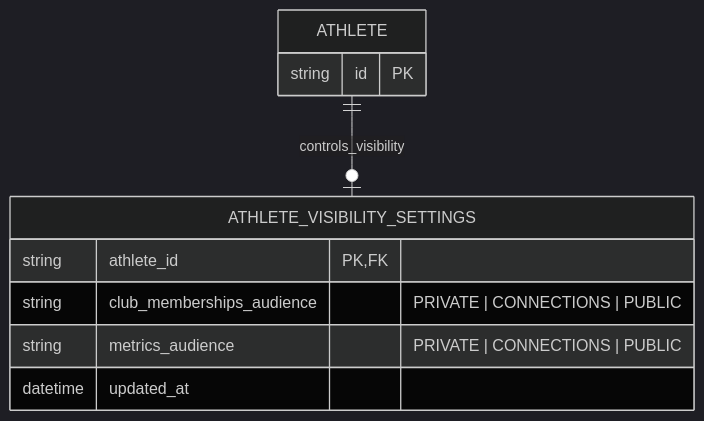
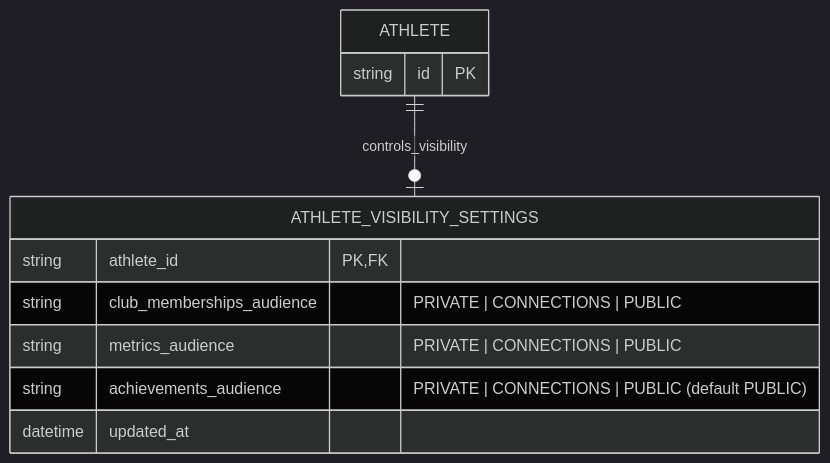
Before and after one commit to kamiloc/tetrades: the diagram in docs/erm/visibility.mmd, drawn with Mermaid. The commit also changed 42 other files, not shown here.

First line of the commit message:
feat: add achievements visibility settings with default PUBLIC audience

```diff
--- a/docs/erm/visibility.mmd
+++ b/docs/erm/visibility.mmd
@@ -1,24 +1,25 @@
 ---
 config:
   theme: dark
   layout: dagre
 ---
 
 %% Fragment: visibility. Canonical entities are complete; REFERENCE ONLY entities show just the fields touched by relationships.
 %% Composite: docs/erm.mmd
-%% Rules: ADR-013 and openspec change add-clubs-metrics-visibility-model.
+%% Rules: ADR-013, ADR-014, and openspec changes add-clubs-metrics-visibility-model and add-achievement-visibility.
 
 erDiagram
   ATHLETE_VISIBILITY_SETTINGS {
     string athlete_id PK,FK
     string club_memberships_audience "PRIVATE | CONNECTIONS | PUBLIC"
     string metrics_audience "PRIVATE | CONNECTIONS | PUBLIC"
+    string achievements_audience "PRIVATE | CONNECTIONS | PUBLIC (default PUBLIC)"
     datetime updated_at
   }
 
   %% REFERENCE ONLY — canonical definition lives in athlete-profile-core.mmd
   ATHLETE {
     string id PK
   }
 
   ATHLETE ||--o| ATHLETE_VISIBILITY_SETTINGS : "controls_visibility"
```
